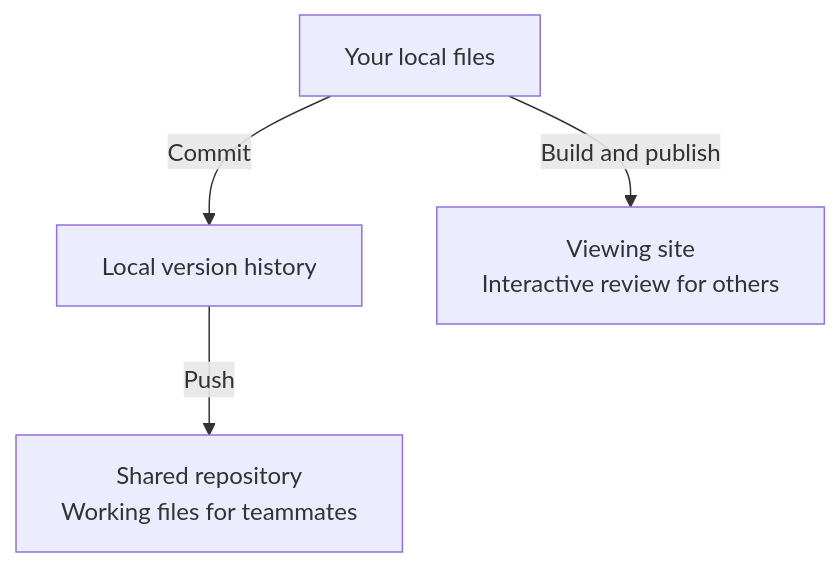
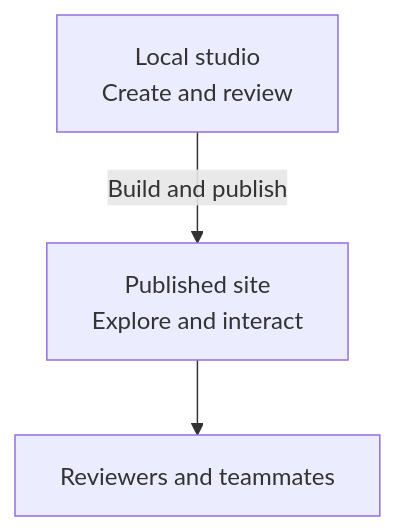
Before and after one commit to itspatmorgan/design-studio-starter: the diagram in src/modules/documentation/pages/share.md, drawn with Mermaid. The commit also changed other lines of this file and 12 other files, not shown here.

````diff
--- a/src/modules/documentation/pages/share.md
+++ b/src/modules/documentation/pages/share.md
@@ -12,8 +12,7 @@
 ```mermaid
 flowchart TB
-  files[Your local files] -->|Commit| history[Local version history]
-  history -->|Push| repository[Shared repository<br/>Working files for teammates]
-  files -->|Build and publish| site[Viewing site<br/>Interactive review for others]
-  accTitle: Two ways to share local work
-  accDescr: Local files can be committed and pushed to share working files, or built and published to share a viewing site. Saving alone does neither.
+  accTitle: Publishing shares a built version of your studio
+  accDescr: You and your agent create and review work locally. Building and publishing creates a viewing site. Later local changes require another publication to reach viewers.
+  local[Local studio<br/>Create and review] -->|Build and publish| site[Published site<br/>Explore and interact]
+  site --> viewers[Reviewers and teammates]
 ```
````
